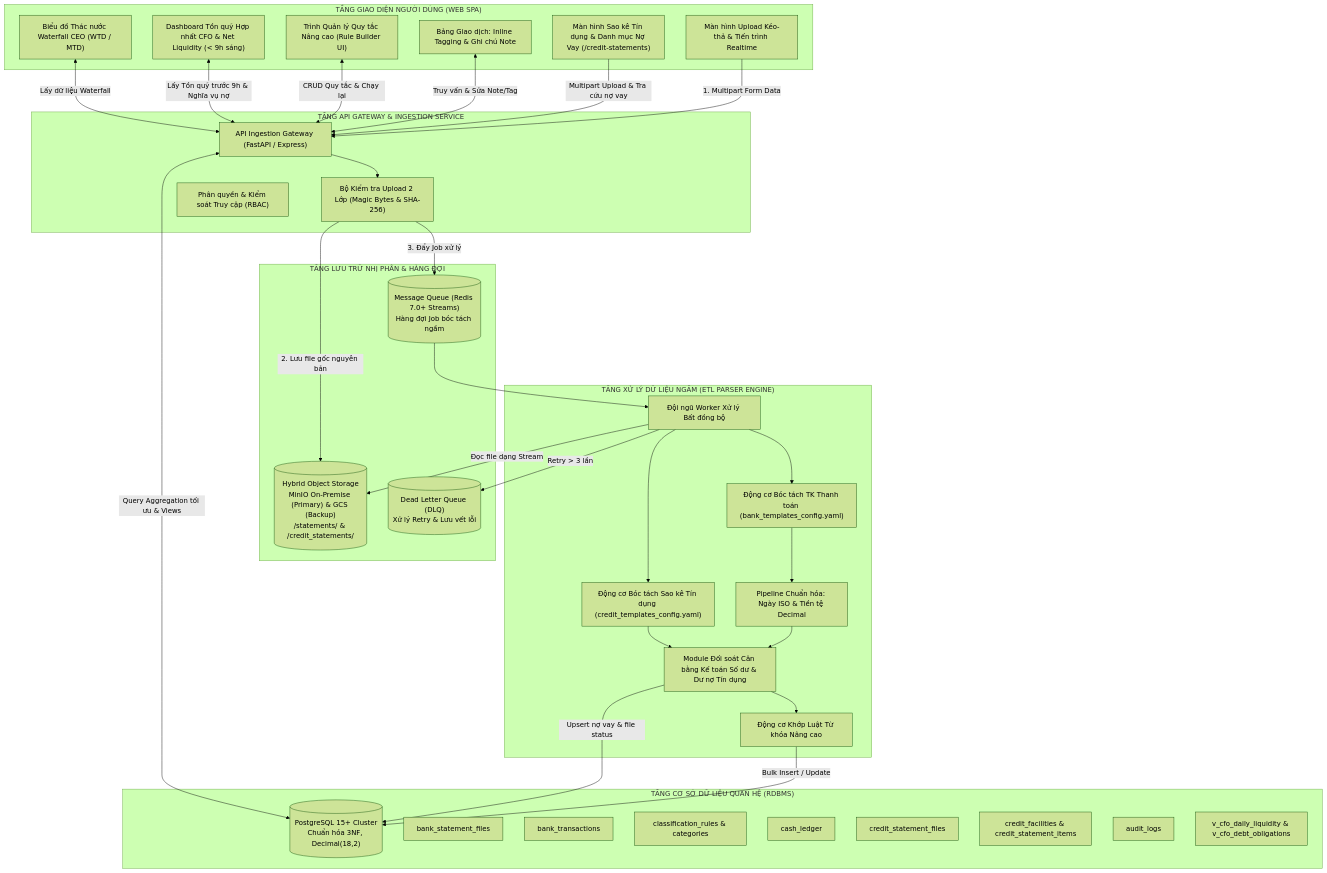
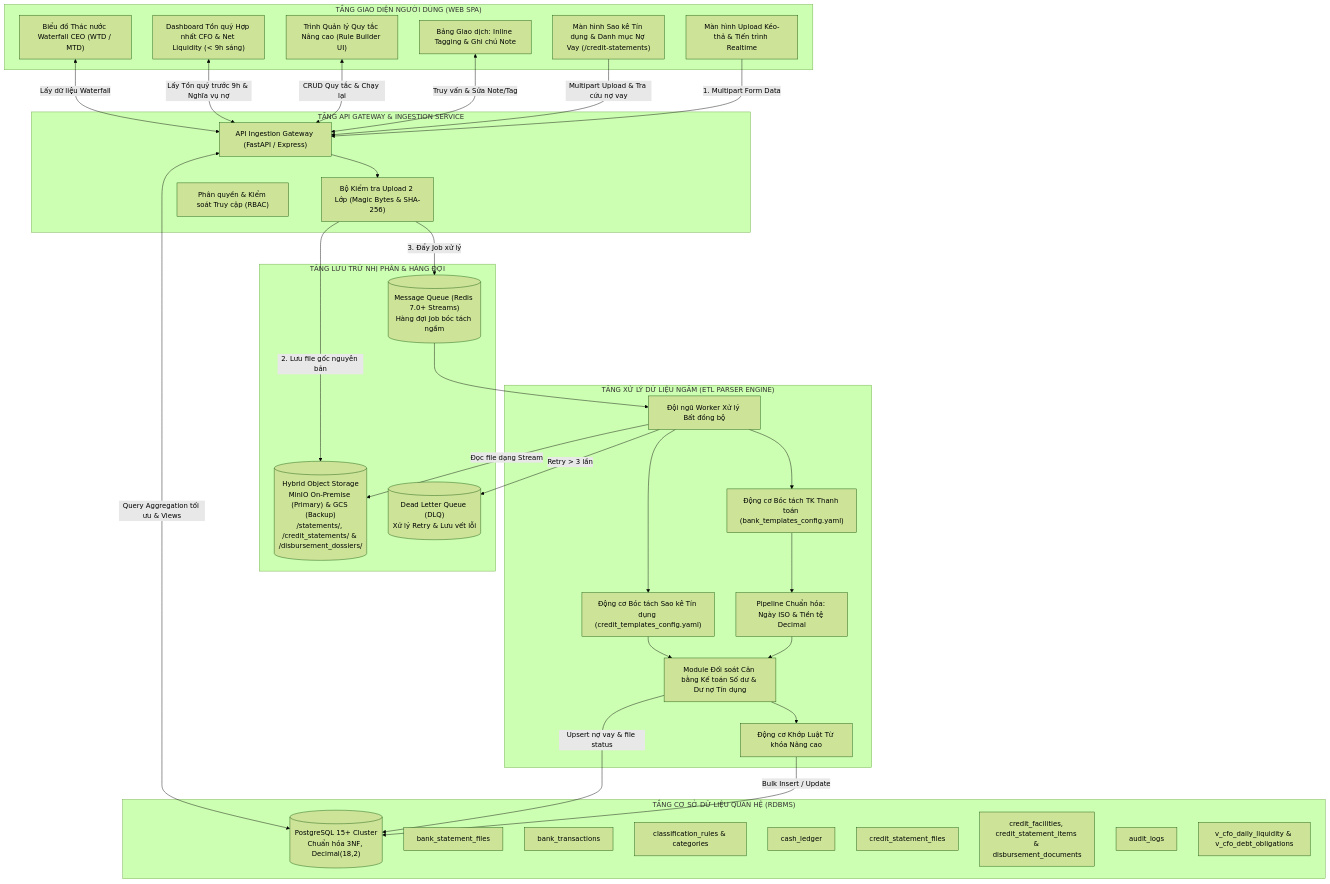
The diagram in docs/architecture_spec.md (nlcnhung024/treasury_system), drawn with Mermaid (forest theme) before and after one commit. The commit also changed other lines of this file and 85 other files, not shown here.

````diff
--- a/docs/architecture_spec.md
+++ b/docs/architecture_spec.md
@@ -15,65 +15,65 @@
 ```mermaid
 flowchart TD
     subgraph ClientLayer["TẦNG GIAO DIỆN NGƯỜI DÙNG (WEB SPA)"]
         UI_Upload["Màn hình Upload Kéo-thả & Tiến trình Realtime"]
         UI_Table["Bảng Giao dịch: Inline Tagging & Ghi chú Note"]
         UI_Credit["Màn hình Sao kê Tín dụng & Danh mục Nợ Vay (/credit-statements)"]
         UI_Rules["Trình Quản lý Quy tắc Nâng cao (Rule Builder UI)"]
         UI_CFO["Dashboard Tồn quỹ Hợp nhất CFO & Net Liquidity (< 9h sáng)"]
         UI_CEO["Biểu đồ Thác nước Waterfall CEO (WTD / MTD)"]
     end
 
     subgraph APILayer["TẦNG API GATEWAY & INGESTION SERVICE"]
         API_Gate["API Ingestion Gateway (FastAPI / Express)"]
         Val_Module["Bộ Kiểm tra Upload 2 Lớp (Magic Bytes & SHA-256)"]
         Auth_RBAC["Phân quyền & Kiểm soát Truy cập (RBAC)"]
     end
 
     subgraph StorageQueue["TẦNG LƯU TRỮ NHỊ PHÂN & HÀNG ĐỢI"]
-        Obj_Store[("Hybrid Object Storage<br/>MinIO On-Premise (Primary) & GCS (Backup)<br/>/statements/ & /credit_statements/")]
+        Obj_Store[("Hybrid Object Storage<br/>MinIO On-Premise (Primary) & GCS (Backup)<br/>/statements/, /credit_statements/ & /disbursement_dossiers/")]
         Msg_Queue[("Message Queue (Redis 7.0+ Streams)<br/>Hàng đợi Job bóc tách ngầm")]
         DLQ[("Dead Letter Queue (DLQ)<br/>Xử lý Retry & Lưu vết lỗi")]
     end
 
     subgraph WorkerLayer["TẦNG XỬ LÝ DỮ LIỆU NGẦM (ETL PARSER ENGINE)"]
         Worker_Pool["Đội ngũ Worker Xử lý Bất đồng bộ"]
         Stream_Parser["Động cơ Bóc tách TK Thanh toán (bank_templates_config.yaml)"]
         Credit_Parser["Động cơ Bóc tách Sao kê Tín dụng (credit_templates_config.yaml)"]
         Clean_Engine["Pipeline Chuẩn hóa: Ngày ISO & Tiền tệ Decimal"]
         Recon_Engine["Module Đối soát Cân bằng Kế toán Số dư & Dư nợ Tín dụng"]
         Rule_Engine["Động cơ Khớp Luật Từ khóa Nâng cao"]
     end
 
     subgraph DataLayer["TẦNG CƠ SỞ DỮ LIỆU QUAN HỆ (RDBMS)"]
         PG_DB[("PostgreSQL 15+ Cluster<br/>Chuẩn hóa 3NF, Decimal(18,2)")]
         Table_Files["bank_statement_files"]
         Table_Trans["bank_transactions"]
         Table_Rules["classification_rules & categories"]
         Table_Cash["cash_ledger"]
         Table_CreditFiles["credit_statement_files"]
-        Table_CreditFac["credit_facilities & credit_statement_items"]
+        Table_CreditFac["credit_facilities, credit_statement_items & disbursement_documents"]
         Table_Audit["audit_logs"]
         View_CFO["v_cfo_daily_liquidity & v_cfo_debt_obligations"]
     end
 
     %% Luồng kết nối
     UI_Upload -->|1. Multipart Form Data| API_Gate
     UI_Credit -->|Multipart Upload & Tra cứu nợ vay| API_Gate
     API_Gate --> Val_Module
     Val_Module -->|2. Lưu file gốc nguyên bản| Obj_Store
     Val_Module -->|3. Đẩy Job xử lý| Msg_Queue
     Msg_Queue --> Worker_Pool
     Worker_Pool -->|Retry > 3 lần| DLQ
     Worker_Pool -->|Đọc file dạng Stream| Obj_Store
     Worker_Pool --> Stream_Parser & Credit_Parser
     Stream_Parser --> Clean_Engine --> Recon_Engine --> Rule_Engine
     Credit_Parser --> Recon_Engine
     Rule_Engine -->|Bulk Insert / Update| PG_DB
     Recon_Engine -->|Upsert nợ vay & file status| PG_DB
     
     UI_Table <-->|Truy vấn & Sửa Note/Tag| API_Gate
     UI_Rules <-->|CRUD Quy tắc & Chạy lại| API_Gate
     UI_CFO <-->|Lấy Tồn quỹ trước 9h & Nghĩa vụ nợ| API_Gate
     UI_CEO <-->|Lấy dữ liệu Waterfall| API_Gate
     API_Gate <-->|Query Aggregation tối ưu & Views| PG_DB
 ```
````
